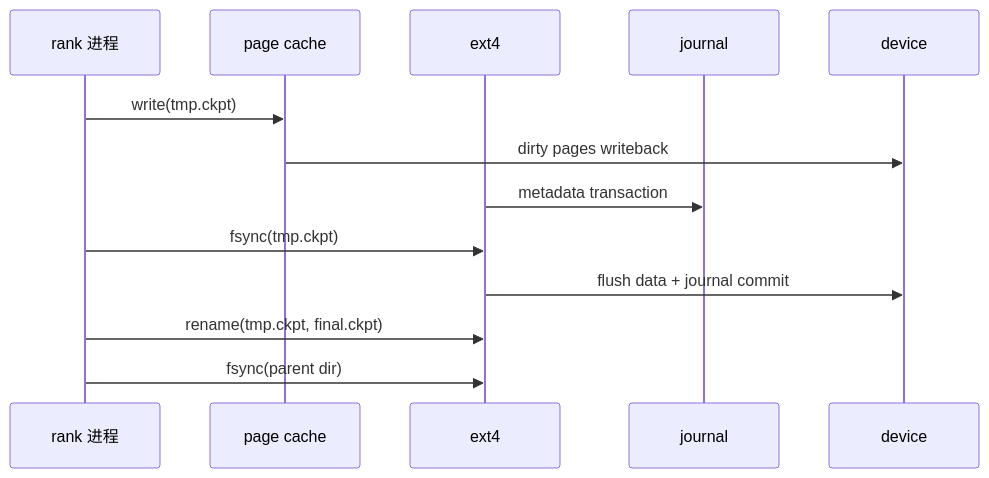
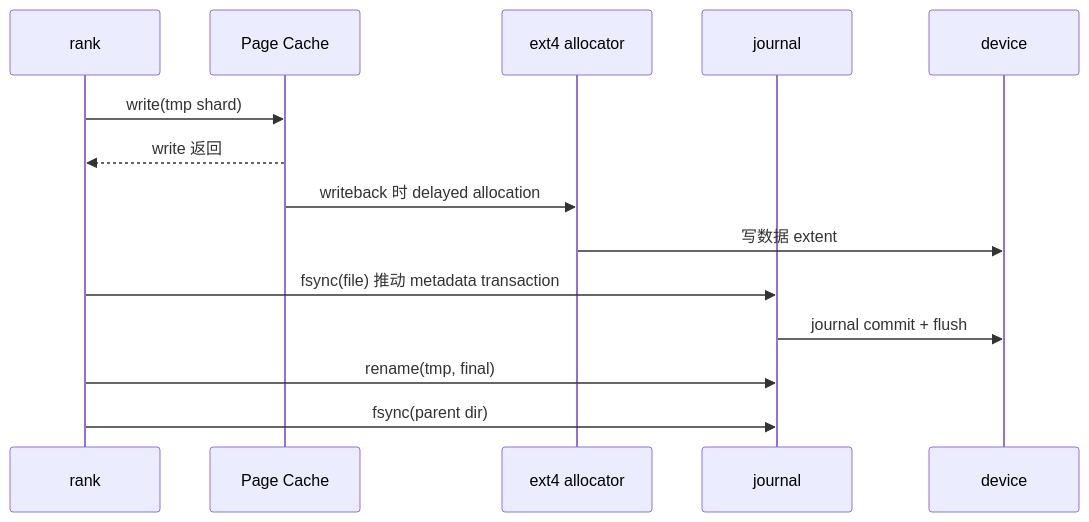
The third of 7 diagrams in ai-infra-tutorial/part0-foundations-of-systems/0c-filesystems-and-storage-internals.md (qxhy123/learn), drawn with Mermaid before and after one commit. The commit also changed other lines of this file and 39 other files, not shown here.

First line of the commit message:
Split Part 0a CPU microarchitecture into 8 deep-dive chapters

````diff
--- a/ai-infra-tutorial/part0-foundations-of-systems/0c-filesystems-and-storage-internals.md
+++ b/ai-infra-tutorial/part0-foundations-of-systems/0c-filesystems-and-storage-internals.md
@@ -95,15 +245,16 @@
 ```mermaid
 sequenceDiagram
-  participant P as rank 进程
-  participant PC as page cache
-  participant FS as ext4
+  participant R as rank
+  participant PC as Page Cache
+  participant EXT as ext4 allocator
   participant J as journal
   participant D as device
-  P->>PC: write(tmp.ckpt)
-  PC->>D: dirty pages writeback
-  FS->>J: metadata transaction
-  P->>FS: fsync(tmp.ckpt)
-  FS->>D: flush data + journal commit
-  P->>FS: rename(tmp.ckpt, final.ckpt)
-  P->>FS: fsync(parent dir)
+  R->>PC: write(tmp shard)
+  PC-->>R: write 返回
+  PC->>EXT: writeback 时 delayed allocation
+  EXT->>D: 写数据 extent
+  R->>J: fsync(file) 推动 metadata transaction
+  J->>D: journal commit + flush
+  R->>J: rename(tmp, final)
+  R->>J: fsync(parent dir)
 ```
````
